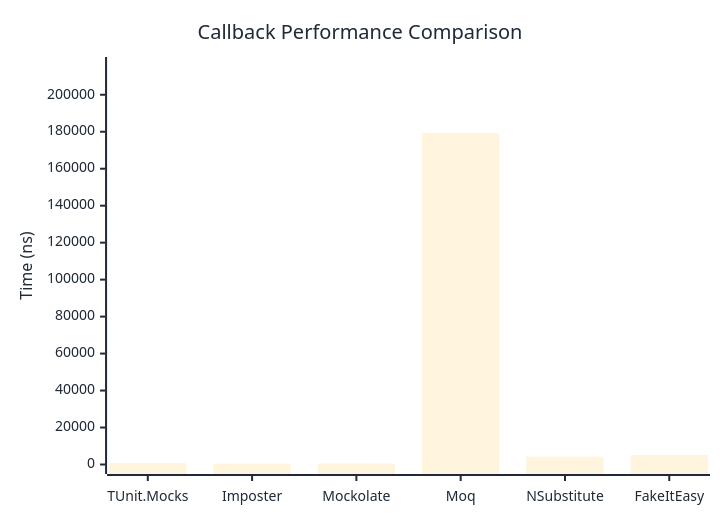
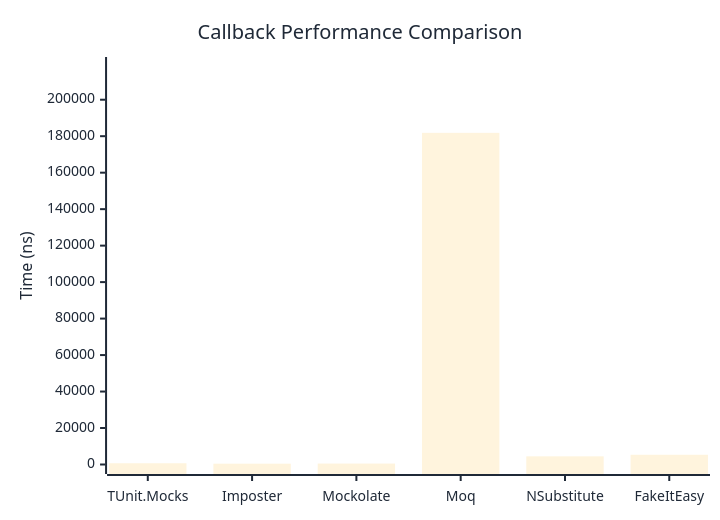
Before and after one commit to thomhurst/TUnit: the first of 2 diagrams in docs/docs/benchmarks/mocks/Callback.md, drawn with Mermaid. The commit also changed other lines of this file and 14 other files, not shown here.

````diff
--- a/docs/docs/benchmarks/mocks/Callback.md
+++ b/docs/docs/benchmarks/mocks/Callback.md
@@ -28,27 +28,27 @@
 ```mermaid
 %%{init: {
   'theme':'base',
   'themeVariables': {
     'primaryColor': '#2563eb',
     'primaryTextColor': '#1f2937',
     'primaryBorderColor': '#1e40af',
     'lineColor': '#6b7280',
     'secondaryColor': '#7c3aed',
     'tertiaryColor': '#dc2626',
     'background': '#ffffff',
     'pie1': '#2563eb',
     'pie2': '#7c3aed',
     'pie3': '#dc2626',
     'pie4': '#f59e0b',
     'pie5': '#10b981',
     'pie6': '#06b6d4',
     'pie7': '#ec4899',
     'pie8': '#6366f1'
   }
 }}%%
 xychart-beta
   title "Callback Performance Comparison"
   x-axis ["TUnit.Mocks", "Imposter", "Mockolate", "Moq", "NSubstitute", "FakeItEasy"]
-  y-axis "Time (ns)" 0 --> 215281
-  bar [673.6, 439.6, 496.5, 179400.2, 4199.2, 5142]
+  y-axis "Time (ns)" 0 --> 218210
+  bar [682.9, 451.9, 508.8, 181841.2, 4471.9, 5343.1]
 ```
````
